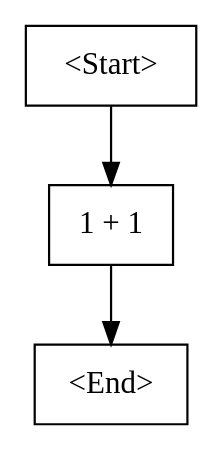
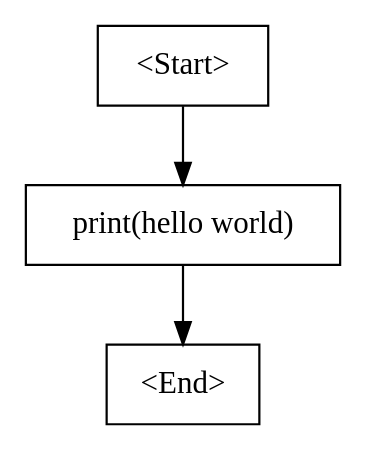
One commit to jayshiai/Cyclone changed the diagram in cfg.dot. Above: the diagram before and after it, drawn with Graphviz. The commit also changed 16 other files, not shown here.

```diff
--- a/cfg.dot
+++ b/cfg.dot
@@ -1,8 +1,8 @@
 digraph G {
     N0 [label = "<Start>" shape = box]
-    N1 [label = "1 + 1
+    N1 [label = "print(hello world)
 " shape = box]
     N2 [label = "<End>" shape = box]
     N0 -> N1 [label = ""]
     N1 -> N2 [label = ""]
 }
```
